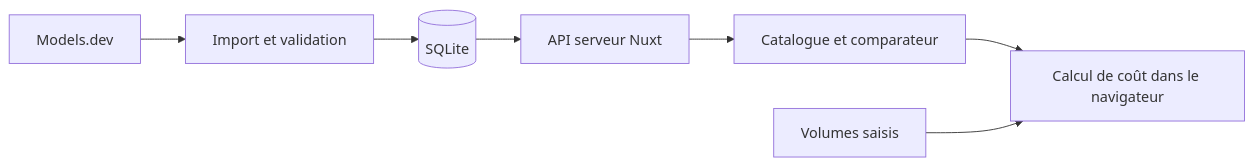
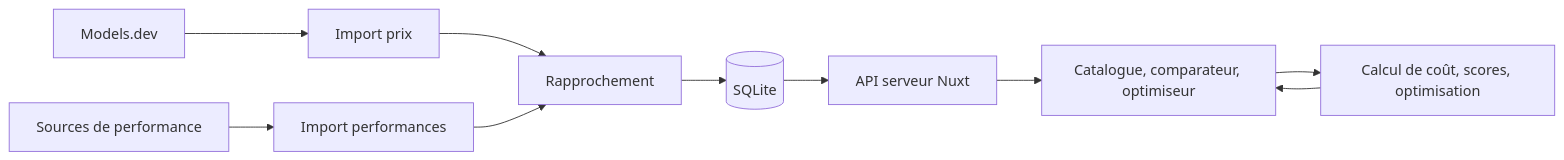
Before and after one commit to valgempp/Software-Engineering-Project: the diagram in PLAN_PROJET.md, drawn with Mermaid. The commit also changed other lines of this file, not shown here.

````diff
--- a/PLAN_PROJET.md
+++ b/PLAN_PROJET.md
@@ -190,9 +360,12 @@
 ```mermaid
 flowchart LR
-    Source[Models.dev] --> Import[Import et validation]
-    Import --> DB[(SQLite)]
+    Prices[Models.dev] --> ImportP[Import prix]
+    Perf[Sources de performance] --> ImportB[Import performances]
+    ImportP --> Match[Rapprochement]
+    ImportB --> Match
+    Match --> DB[(SQLite)]
     DB --> API[API serveur Nuxt]
-    API --> UI[Catalogue et comparateur]
-    UI --> Calc[Calcul de coût dans le navigateur]
-    Browser[Volumes saisis] --> Calc
+    API --> UI[Catalogue, comparateur, optimiseur]
+    UI --> Domain[Calcul de coût, scores, optimisation]
+    Domain --> UI
 ```
````
